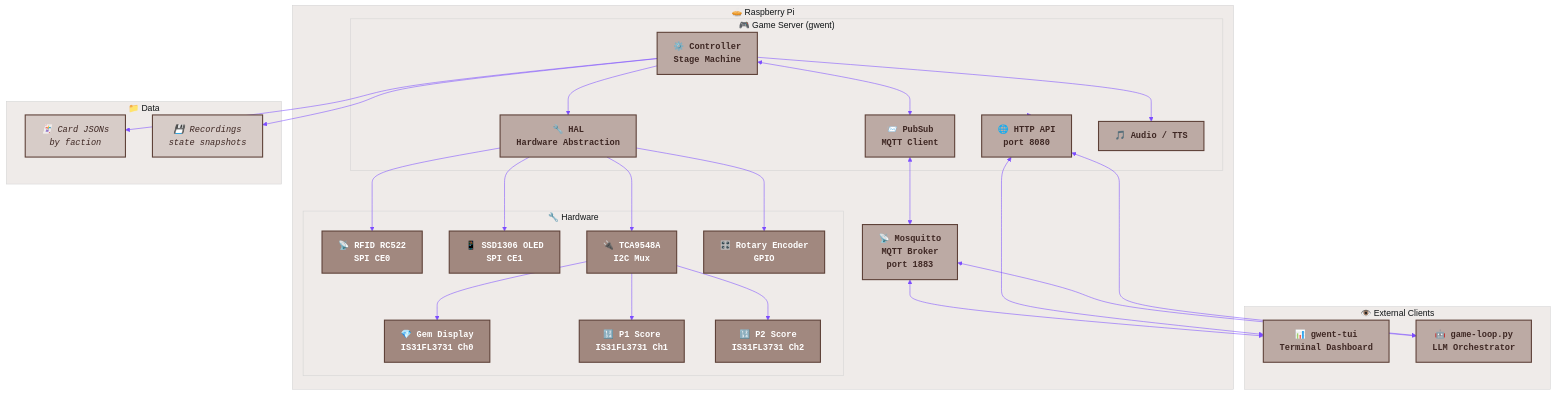
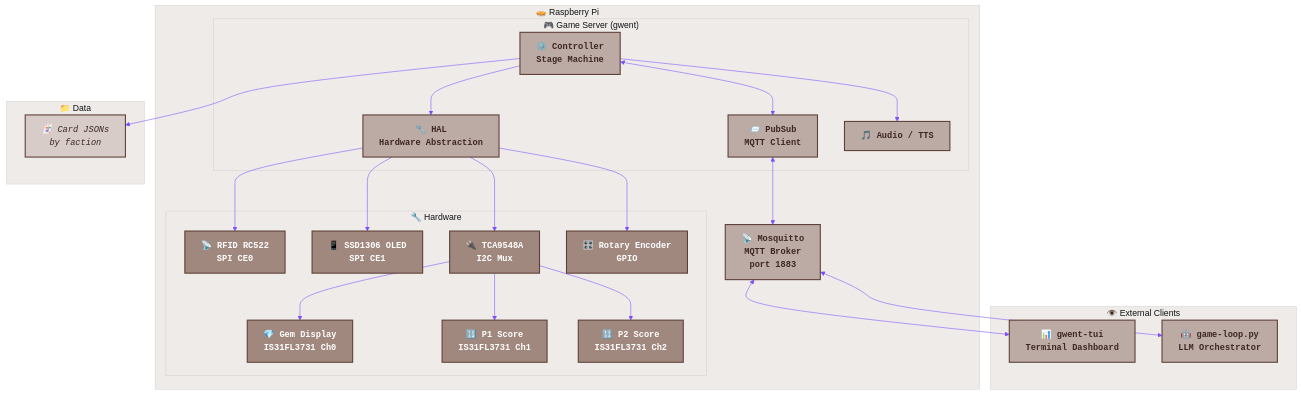
Before and after one commit to declanshanaghy/gwent: the first of 6 diagrams in design/GwentArchitecture.md, drawn with Mermaid. The commit also changed other lines of this file and 120 other files, not shown here.

First line of the commit message:
Remove game recordings/snapshots entirely — generated decks only

````diff
--- a/design/GwentArchitecture.md
+++ b/design/GwentArchitecture.md
@@ -9,77 +9,71 @@
 ```mermaid
 %%{init: {
   'theme': 'base',
   'themeVariables': {
     'primaryColor': '#6d1a36',
     'primaryTextColor': '#333',
     'primaryBorderColor': '#7C4DFF',
     'lineColor': '#7C4DFF',
     'secondaryColor': '#D7CCC8',
     'tertiaryColor': '#EFEBE9',
     'fontFamily': 'Courier New',
     'fontSize': '16px'
   }
 }}%%
 
 flowchart TD
     subgraph pi["🥧 Raspberry Pi"]
         subgraph server["🎮 Game Server (gwent)"]
             controller["⚙️ Controller\nStage Machine"]
             hal["🔧 HAL\nHardware Abstraction"]
-            api["🌐 HTTP API\nport 8080"]
             pubsub["📨 PubSub\nMQTT Client"]
             sfx["🎵 Audio / TTS"]
         end
 
         broker["📡 Mosquitto\nMQTT Broker\nport 1883"]
 
         subgraph hw["🔧 Hardware"]
             rfid["📡 RFID RC522\nSPI CE0"]
             oled["📱 SSD1306 OLED\nSPI CE1"]
             mux["🔌 TCA9548A\nI2C Mux"]
             gems["💎 Gem Display\nIS31FL3731 Ch0"]
             score1["🔢 P1 Score\nIS31FL3731 Ch1"]
             score2["🔢 P2 Score\nIS31FL3731 Ch2"]
             rotary["🎛️ Rotary Encoder\nGPIO"]
         end
     end
 
     subgraph external["👁️ External Clients"]
         tui["📊 gwent-tui\nTerminal Dashboard"]
         gameloop["🤖 game-loop.py\nLLM Orchestrator"]
     end
 
     subgraph data["📁 Data"]
         cards["🃏 Card JSONs\nby faction"]
-        recordings["💾 Recordings\nstate snapshots"]
     end
 
     controller <--> pubsub
     controller --> hal
     controller --> sfx
     hal --> rfid
     hal --> oled
     hal --> mux
     mux --> gems
     mux --> score1
     mux --> score2
     hal --> rotary
     pubsub <--> broker
-    server --> api
 
     broker <--> tui
     broker <--> gameloop
-    api <--> gameloop
-    api <--> tui
 
     controller --> cards
-    controller --> recordings
 
     classDef hardware fill:#A1887F,stroke:#5D4037,stroke-width:2px,color:#fff,font-family:'Courier New',font-weight:bold
     classDef software fill:#BCAAA4,stroke:#5D4037,stroke-width:2px,color:#3E2723,font-family:'Courier New',font-weight:bold
     classDef data fill:#D7CCC8,stroke:#5D4037,stroke-width:2px,color:#3E2723,font-family:'Courier New',font-style:italic
 
     class rfid,oled,mux,gems,score1,score2,rotary hardware
-    class controller,hal,api,pubsub,sfx,broker,tui,gameloop software
-    class cards,recordings data
+    class controller,hal,pubsub,sfx,broker,tui,gameloop software
+    class cards data
 ```
````
